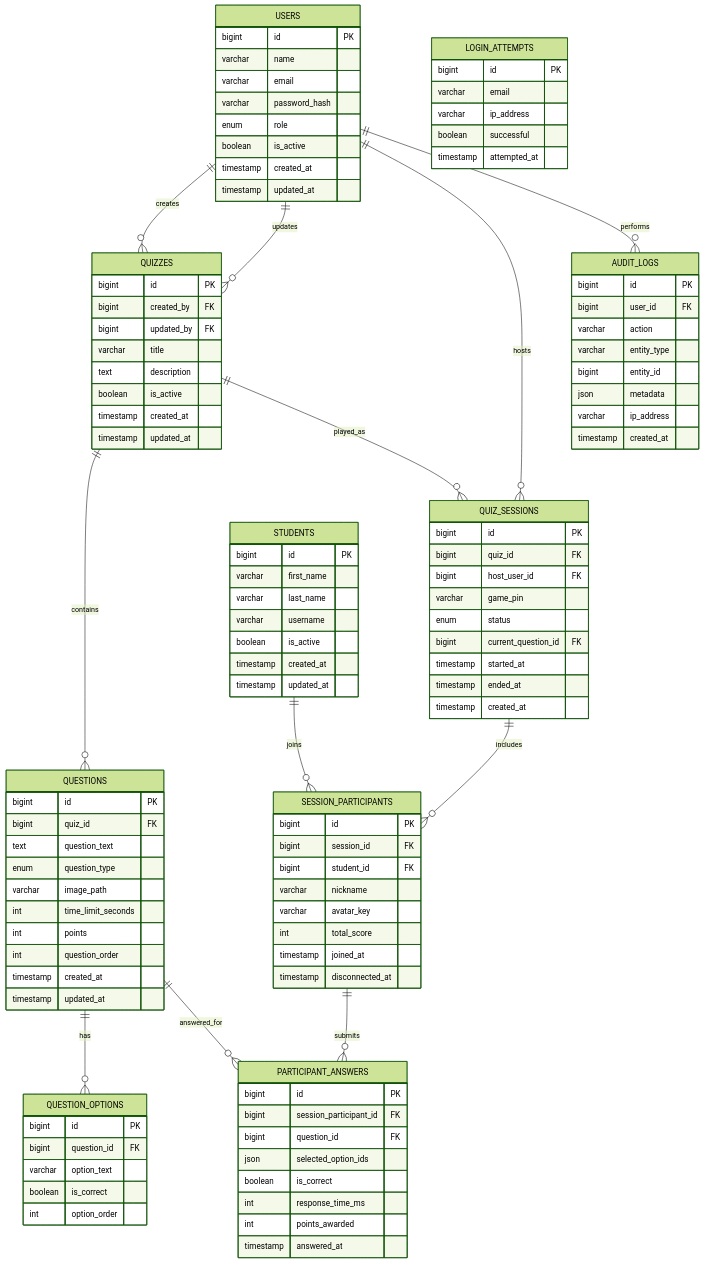
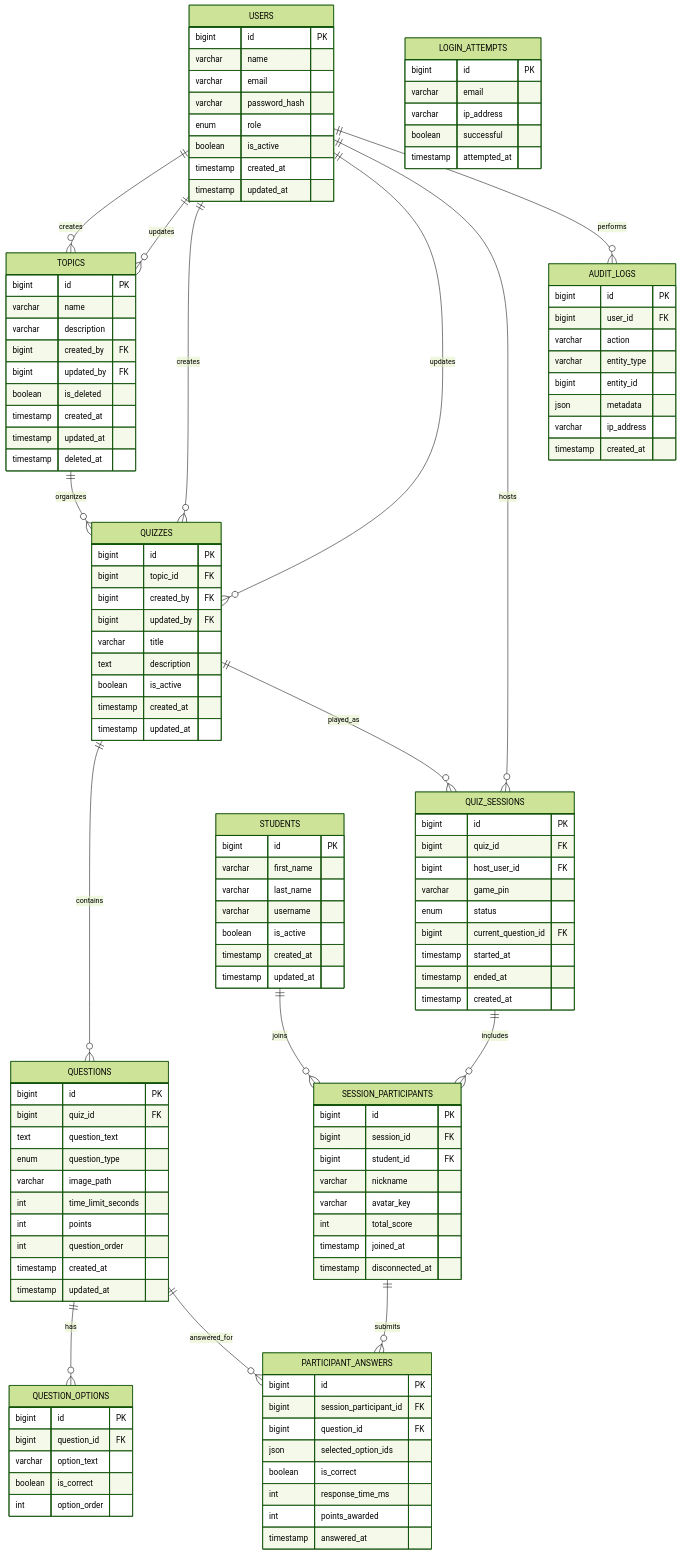
The diagram in docs/04-database-design.md (majapredojevic/codeland-quiz), drawn with Mermaid (forest theme) before and after one commit. The commit also changed other lines of this file and 1 other file, not shown here.

Commit message:
Add topic organization for quizzes

````diff
--- a/docs/04-database-design.md
+++ b/docs/04-database-design.md
@@ -35,11 +35,15 @@
 ```mermaid
 erDiagram
+    USERS ||--o{ TOPICS : creates
+    USERS ||--o{ TOPICS : updates
     USERS ||--o{ QUIZZES : creates
     USERS ||--o{ QUIZZES : updates
     USERS ||--o{ QUIZ_SESSIONS : hosts
     USERS ||--o{ AUDIT_LOGS : performs
 
     STUDENTS ||--o{ SESSION_PARTICIPANTS : joins
+
+    TOPICS ||--o{ QUIZZES : organizes
 
     QUIZZES ||--o{ QUESTIONS : contains
     QUIZZES ||--o{ QUIZ_SESSIONS : played_as
@@ -71,8 +75,21 @@
         timestamp updated_at
     }
 
+    TOPICS {
+        bigint id PK
+        varchar name
+        varchar description
+        bigint created_by FK
+        bigint updated_by FK
+        boolean is_deleted
+        timestamp created_at
+        timestamp updated_at
+        timestamp deleted_at
+    }
+
     QUIZZES {
         bigint id PK
+        bigint topic_id FK
         bigint created_by FK
         bigint updated_by FK
         varchar title
````
